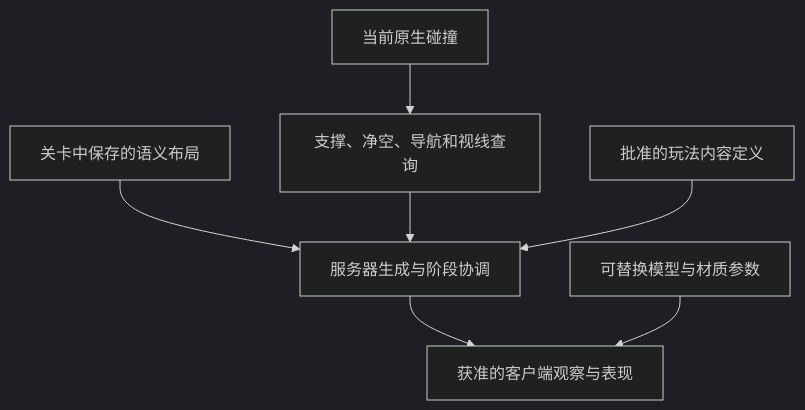
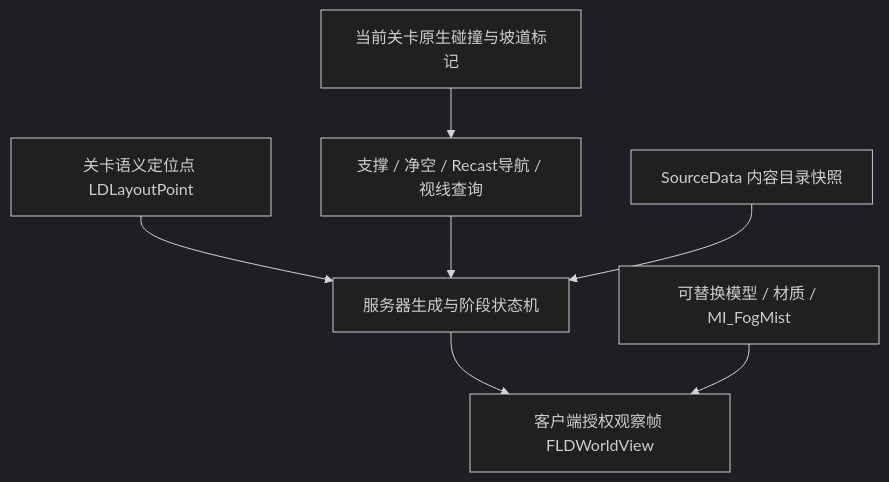
One commit to rlsn/Lockdown-alpha changed the diagram in docs/LEVEL_AUTHORING_CONTRACT.md. Above: the diagram before and after it, drawn with Mermaid (dark theme). The commit also changed other lines of this file and 54 other files, not shown here.

````diff
--- a/docs/LEVEL_AUTHORING_CONTRACT.md
+++ b/docs/LEVEL_AUTHORING_CONTRACT.md
@@ -55,9 +18,9 @@
 ```mermaid
 flowchart TD
-    A[关卡中保存的语义布局] --> C[服务器生成与阶段协调]
-    B[当前原生碰撞] --> D[支撑、净空、导航和视线查询]
+    A[关卡语义定位点 LDLayoutPoint] --> C[服务器生成与阶段状态机]
+    B[当前关卡原生碰撞与坡道标记] --> D[支撑 / 净空 / Recast导航 / 视线查询]
     D --> C
-    E[批准的玩法内容定义] --> C
-    C --> F[获准的客户端观察与表现]
-    G[可替换模型与材质参数] --> F
+    E[SourceData 内容目录快照] --> C
+    C --> F[客户端授权观察帧 FLDWorldView]
+    G[可替换模型 / 材质 / MI_FogMist] --> F
 ```
````
